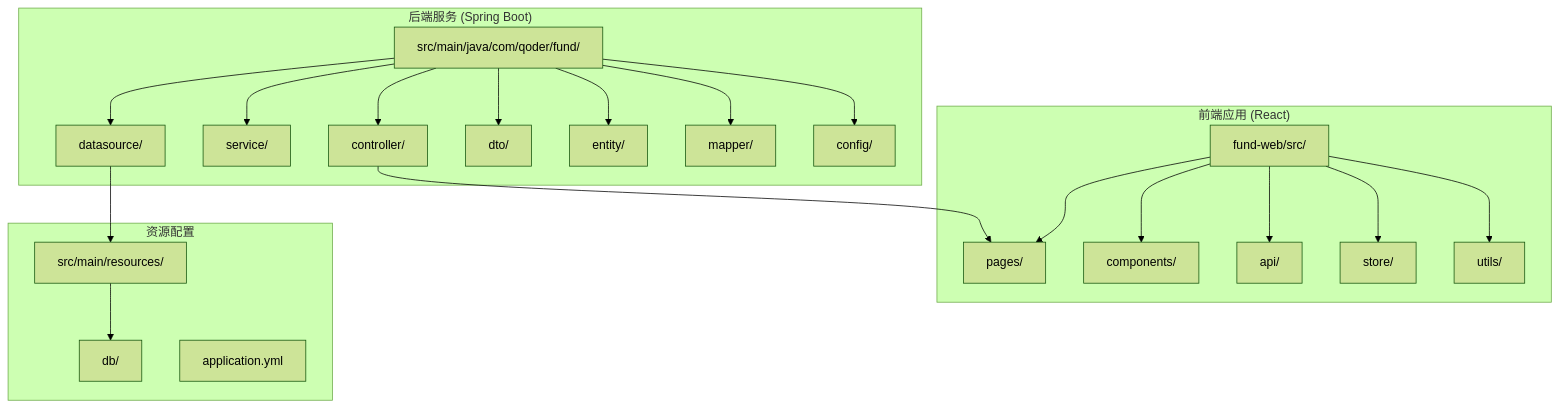
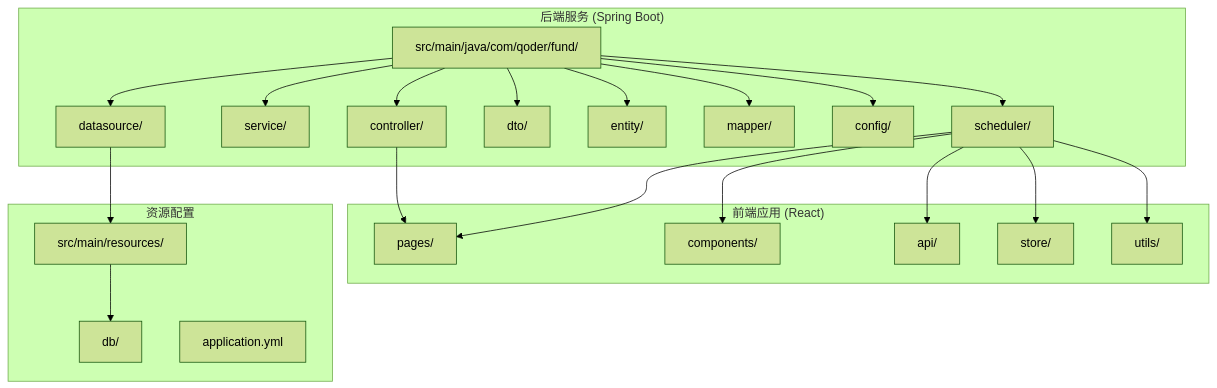
Before and after one commit to gree-coder/fund-butler: the first of 28 diagrams in .qoder/repowiki/zh/content/核心功能开发/FundController增强.md, drawn with Mermaid (forest theme). The commit also changed other lines of this file and 7 other files, not shown here.

````diff
--- a/.qoder/repowiki/zh/content/核心功能开发/FundController增强.md
+++ b/.qoder/repowiki/zh/content/核心功能开发/FundController增强.md
@@ -62,27 +67,28 @@
 ```mermaid
 graph TB
 subgraph "后端服务 (Spring Boot)"
 A[src/main/java/com/qoder/fund/] --> B[controller/]
 A --> C[service/]
 A --> D[datasource/]
 A --> E[dto/]
 A --> F[entity/]
 A --> G[mapper/]
 A --> H[config/]
+A --> I[scheduler/]
 end
 subgraph "前端应用 (React)"
-I[fund-web/src/] --> J[pages/]
+I --> J[pages/]
 I --> K[components/]
 I --> L[api/]
 I --> M[store/]
 I --> N[utils/]
 end
 subgraph "资源配置"
 O[src/main/resources/]
 P[db/]
 Q[application.yml]
 end
 B --> J
 D --> O
 O --> P
 ```
````
